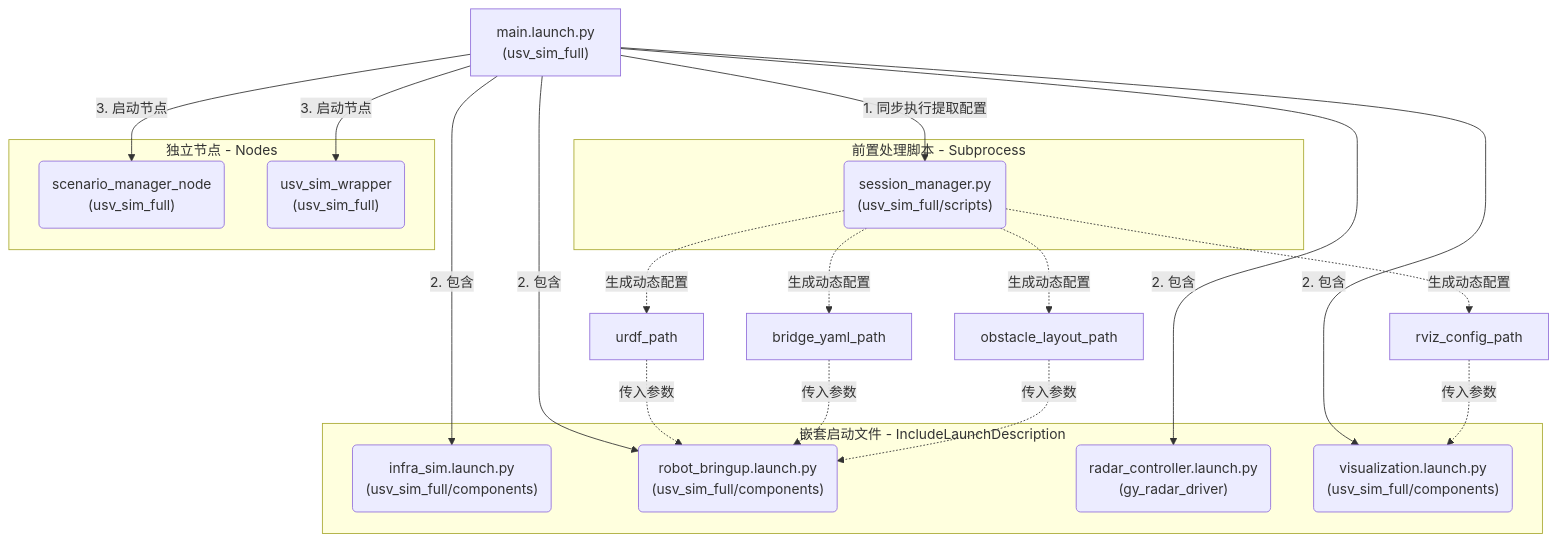
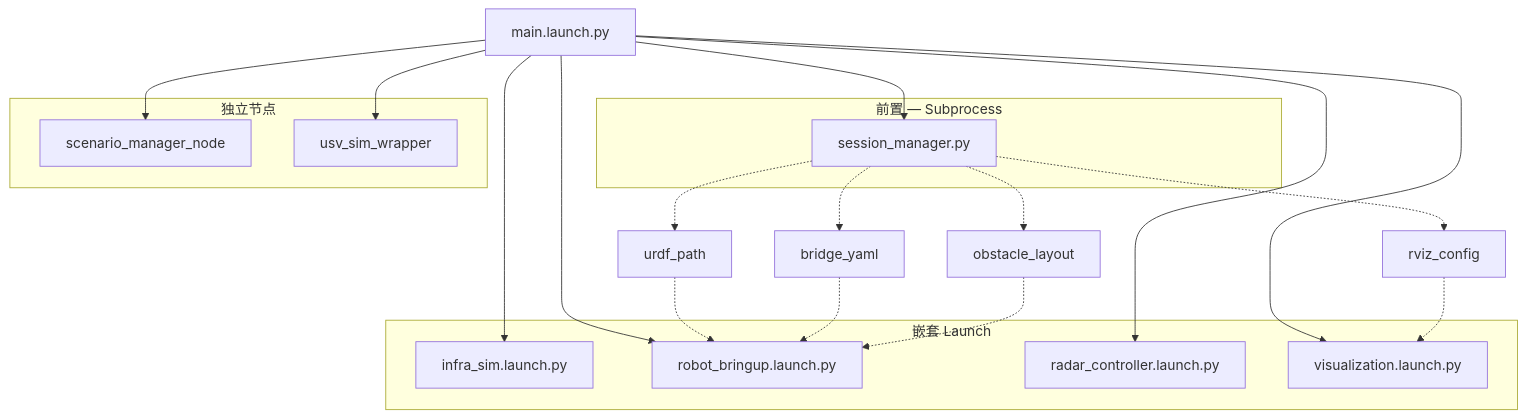
One commit to murphychen75-sketch/USV_ROS changed the fourth of 4 diagrams in src/usv_simulation/docs/docs_v3/QUICK_START.md. Above: the diagram before and after it, drawn with Mermaid. The commit also changed other lines of this file and 159 other files, not shown here.

````diff
--- a/src/usv_simulation/docs/docs_v3/QUICK_START.md
+++ b/src/usv_simulation/docs/docs_v3/QUICK_START.md
@@ -381,36 +179,29 @@
 ```mermaid
 graph TD
-    Main["main.launch.py<br>(usv_sim_full)"]
+    Main["main.launch.py"]
 
-    %% 1. 前置脚本执行
-    subgraph Sub1 [前置处理脚本 - Subprocess]
-        Script("session_manager.py<br>(usv_sim_full/scripts)")
-    end
-    
-    Main -- 1. 同步执行提取配置 --> Script
-    Script -. 生成动态配置 .-> URDF["urdf_path"] & Bridge["bridge_yaml_path"] & RViz["rviz_config_path"] & Layout["obstacle_layout_path"]
-
-    %% 2. 包含其他 Launch 文件
-    subgraph Sub2 [嵌套启动文件 - IncludeLaunchDescription]
-        InfraSim("infra_sim.launch.py<br>(usv_sim_full/components)")
-        RobotBringup("robot_bringup.launch.py<br>(usv_sim_full/components)")
-        RadarController("radar_controller.launch.py<br>(gy_radar_driver)")
-        Visualization("visualization.launch.py<br>(usv_sim_full/components)")
+    subgraph prep [前置 — Subprocess]
+        Script["session_manager.py"]
     end
 
-    Main -- 2. 包含 --> InfraSim
-    Main -- 2. 包含 --> RobotBringup
-    URDF & Bridge & Layout -. 传入参数 .-> RobotBringup
-    Main -- 2. 包含 --> RadarController
-    Main -- 2. 包含 --> Visualization
-    RViz -. 传入参数 .-> Visualization
+    Main --> Script
+    Script -.-> URDF["urdf_path"] & Bridge["bridge_yaml"] & RViz["rviz_config"] & Layout["obstacle_layout"]
 
-    %% 3. 独立节点
-    subgraph Sub3 [独立节点 - Nodes]
-        ScenarioNode("scenario_manager_node<br>(usv_sim_full)")
-        WrapperNode("usv_sim_wrapper<br>(usv_sim_full)")
+    subgraph includes [嵌套 Launch]
+        Infra["infra_sim.launch.py"]
+        Robot["robot_bringup.launch.py"]
+        Radar["radar_controller.launch.py"]
+        Viz["visualization.launch.py"]
     end
 
-    Main -- 3. 启动节点 --> ScenarioNode
-    Main -- 3. 启动节点 --> WrapperNode
+    Main --> Infra & Robot & Radar & Viz
+    URDF & Bridge & Layout -.-> Robot
+    RViz -.-> Viz
+
+    subgraph nodes [独立节点]
+        Scenario["scenario_manager_node"]
+        Wrapper["usv_sim_wrapper"]
+    end
+
+    Main --> Scenario & Wrapper
 ```
````
